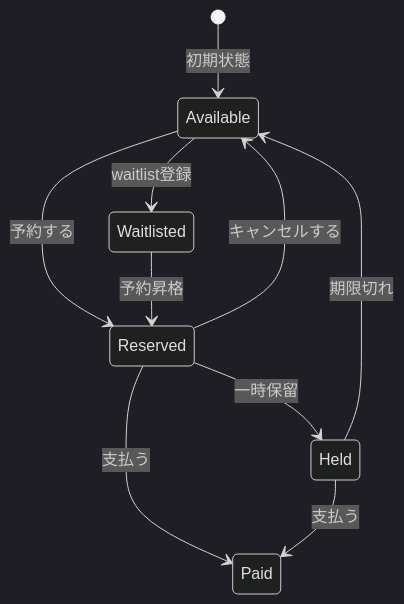
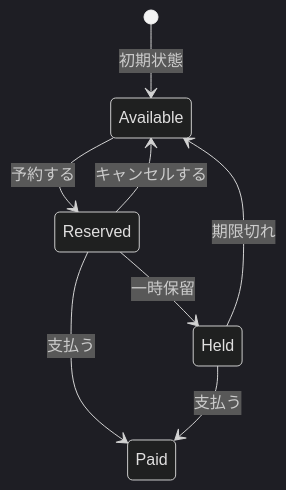
One commit to kumachan1101-pixel/DesignPattern changed the third of 8 diagrams in kindle/design-patterns/output/chapter03.md. Above: the diagram before and after it, drawn with Mermaid (dark theme). The commit also changed other lines of this file and 1 other file, not shown here.

````diff
--- a/kindle/design-patterns/output/chapter03.md
+++ b/kindle/design-patterns/output/chapter03.md
@@ -235,12 +220,10 @@
 ```mermaid
 stateDiagram-v2
     [*] --> Available : 初期状態
     Available --> Reserved : 予約する
     Reserved --> Paid : 支払う
     Reserved --> Available : キャンセルする
-    Available --> Waitlisted : waitlist登録
-    Waitlisted --> Reserved : 予約昇格
     Reserved --> Held : 一時保留
     Held --> Paid : 支払う
     Held --> Available : 期限切れ
 ```
````
